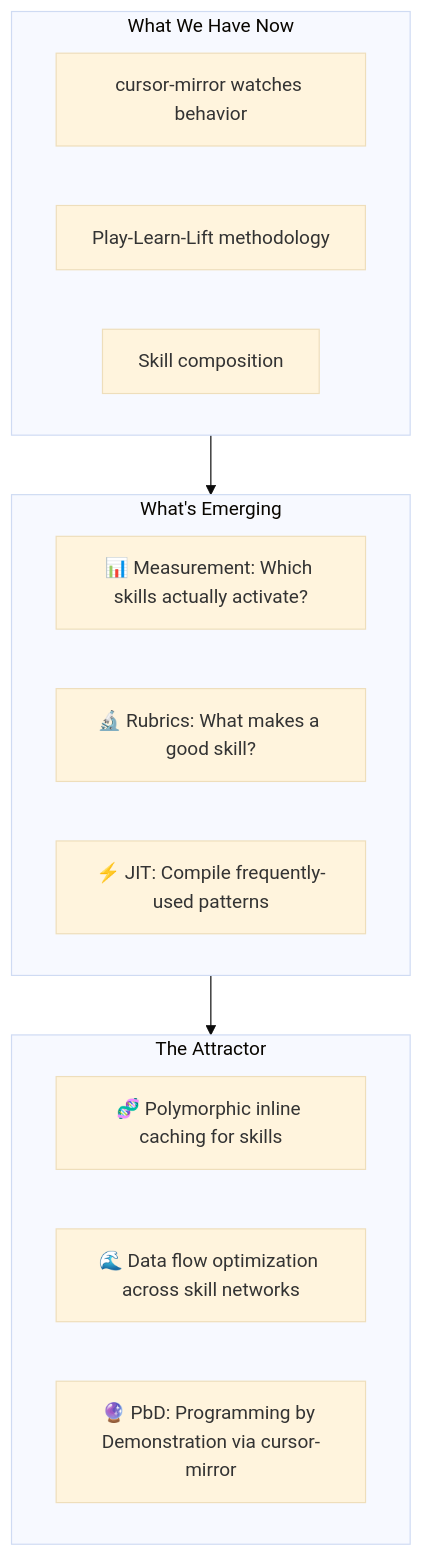
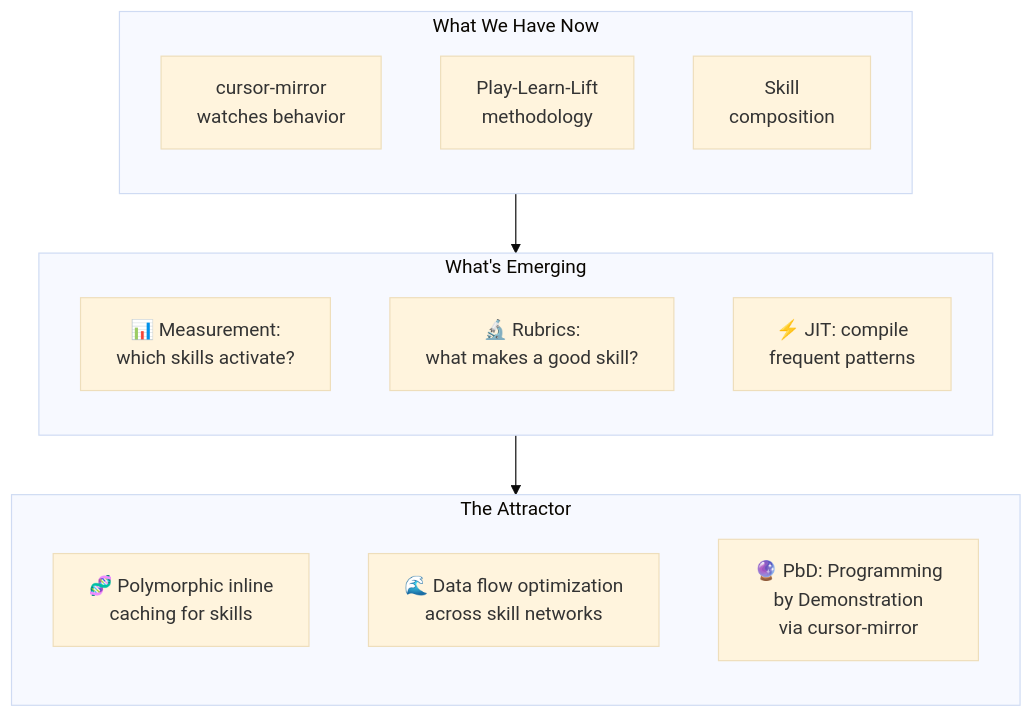
The third of 7 diagrams in designs/SPEED-OF-LIGHT-VS-CARRIER-PIGEON.md (SimHacker/moollm), drawn with Mermaid (base theme) before and after one commit. The commit also changed other lines of this file and 11 other files, not shown here.

````diff
--- a/designs/SPEED-OF-LIGHT-VS-CARRIER-PIGEON.md
+++ b/designs/SPEED-OF-LIGHT-VS-CARRIER-PIGEON.md
@@ -383,22 +383,25 @@
 ```mermaid
 flowchart TB
     subgraph Now["What We Have Now"]
-        A["cursor-mirror watches behavior"]
-        B["Play-Learn-Lift methodology"]
-        C["Skill composition"]
+        direction TB
+        A["cursor-mirror<br/>watches behavior"]
+        B["Play-Learn-Lift<br/>methodology"]
+        C["Skill<br/>composition"]
     end
     
     subgraph Soon["What's Emerging"]
-        D["📊 Measurement: Which skills actually activate?"]
-        E["🔬 Rubrics: What makes a good skill?"]
-        F["⚡ JIT: Compile frequently-used patterns"]
+        direction TB
+        D["📊 Measurement:<br/>which skills activate?"]
+        E["🔬 Rubrics:<br/>what makes a good skill?"]
+        F["⚡ JIT: compile<br/>frequent patterns"]
     end
     
     subgraph Deep["The Attractor"]
-        G["🧬 Polymorphic inline caching for skills"]
-        H["🌊 Data flow optimization across skill networks"]
-        I["🔮 PbD: Programming by Demonstration via cursor-mirror"]
+        direction TB
+        G["🧬 Polymorphic inline<br/>caching for skills"]
+        H["🌊 Data flow optimization<br/>across skill networks"]
+        I["🔮 PbD: Programming<br/>by Demonstration<br/>via cursor-mirror"]
     end
     
     Now --> Soon --> Deep
 ```
````
